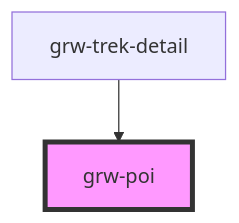
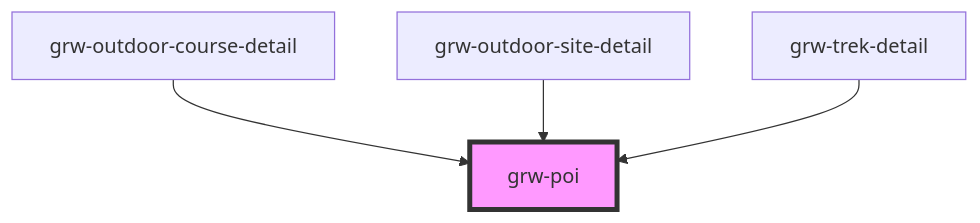
The diagram in src/components/grw-poi-detail/readme.md (GeotrekCE/Geotrek-rando-widget), drawn with Mermaid before and after one commit. The commit also changed other lines of this file and 66 other files, not shown here.

````diff
--- a/src/components/grw-poi-detail/readme.md
+++ b/src/components/grw-poi-detail/readme.md
@@ -42,5 +44,7 @@
 ```mermaid
 graph TD;
+  grw-outdoor-course-detail --> grw-poi
+  grw-outdoor-site-detail --> grw-poi
   grw-trek-detail --> grw-poi
   style grw-poi fill:#f9f,stroke:#333,stroke-width:4px
 ```
````
